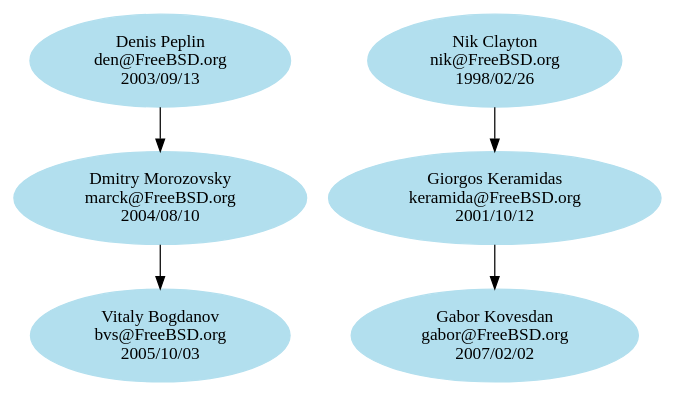
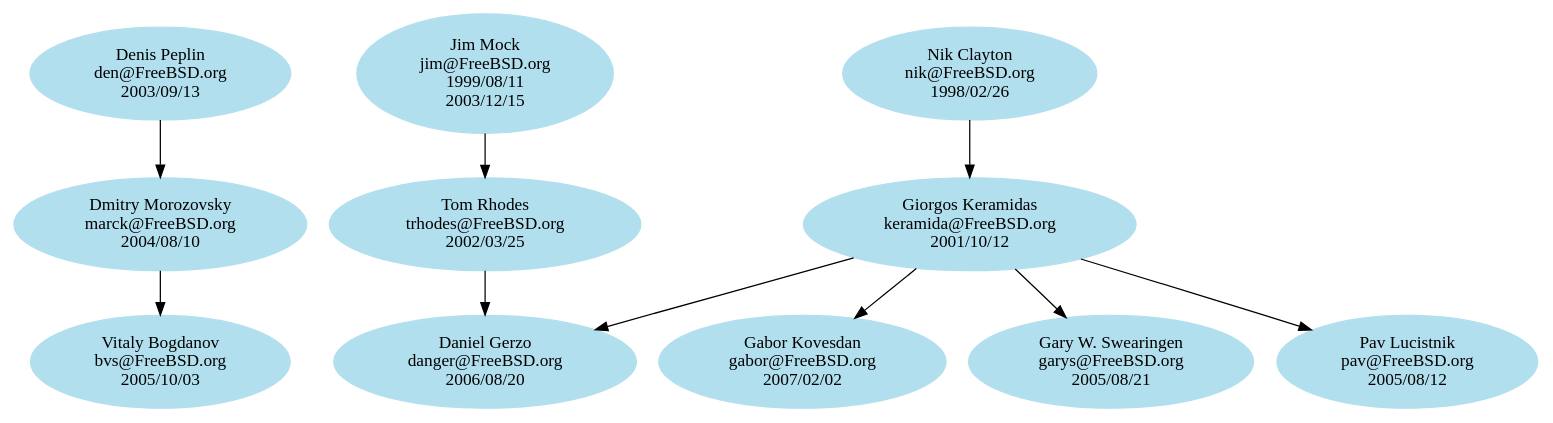
Before and after one commit to kelvinyu/unix-history-repo: the diagram in share/misc/committers-doc.dot, drawn with Graphviz.

Commit message:
Add danger, garys, pav, jim, and trhodes to the list of committers, and list the first three as my mentees, and trhodes as co-mentor of danger.

```diff
--- a/share/misc/committers-doc.dot
+++ b/share/misc/committers-doc.dot
@@ -1,46 +1,58 @@
 # $FreeBSD$
 
 digraph doc {
 
 # Node definitions follow this example:
 #
 #   foo [label="Foo Bar\nfoo@FreeBSD.org\n????/??/??"]
 #
 # ????/??/?? is the date when the commit bit was obtained, usually the one you
 # can find looking at CVS logs for the access (or avail) file under CVSROOT.
 #
 # For returned commit bits, the node definition will follow this example:
 #
 #   foo [label="Foo Bar\nfoo@FreeBSD.org\n????/??/??\n????/??/??"]
 #
 # The first date is the same as for an active committer, the second date is
 # the date when the commit bit has been returned. Again, check CVS logs.
 
 node [color=grey62, style=filled, bgcolor=black];
 
 # Alumni go here. Try to keep things sorted.
 
 node [color=lightblue2, style=filled, bgcolor=black];
 
 # Current doc committers go here. Try to keep things sorted.
 
 bvs [label="Vitaly Bogdanov\nbvs@FreeBSD.org\n2005/10/03"]
+danger [label="Daniel Gerzo\ndanger@FreeBSD.org\n2006/08/20"]
 den [label="Denis Peplin\nden@FreeBSD.org\n2003/09/13"]
 gabor [label="Gabor Kovesdan\ngabor@FreeBSD.org\n2007/02/02"]
+garys [label="Gary W. Swearingen\ngarys@FreeBSD.org\n2005/08/21"]
+jim [label="Jim Mock\njim@FreeBSD.org\n1999/08/11\n2003/12/15"]
 keramida [label="Giorgos Keramidas\nkeramida@FreeBSD.org\n2001/10/12"]
 marck [label="Dmitry Morozovsky\nmarck@FreeBSD.org\n2004/08/10"]
 nik [label="Nik Clayton\nnik@FreeBSD.org\n1998/02/26"]
+trhodes [label="Tom Rhodes\ntrhodes@FreeBSD.org\n2002/03/25"]
+pav [label="Pav Lucistnik\npav@FreeBSD.org\n2005/08/12"]
 
 # Here are the mentor/mentee relationships.
 # Group together all the mentees for a particular mentor.
 # Keep the list sorted by mentor login.
 
 den -> marck
 
+jim -> trhodes
+
+keramida -> danger
 keramida -> gabor
+keramida -> garys
+keramida -> pav
 
 marck -> bvs
 
 nik -> keramida
 
+trhodes -> danger
+
 }
```
